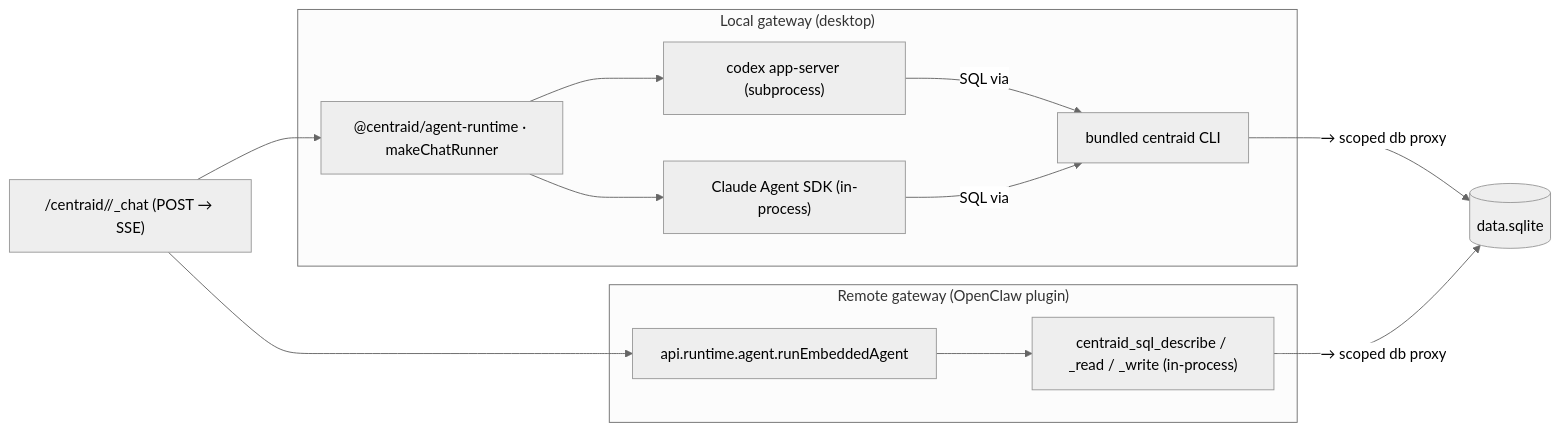
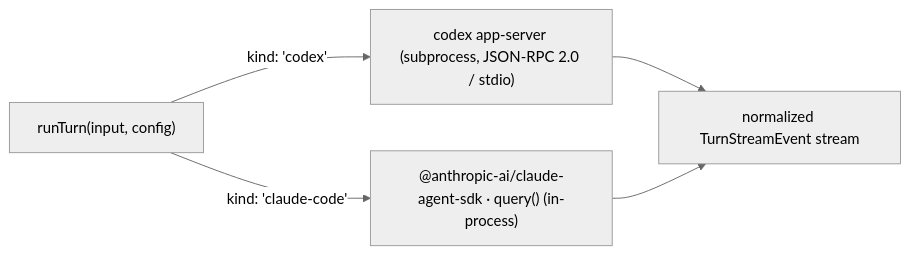
The diagram in docs/concepts/agent-runtime.mdx (srikanth235/centraid), drawn with Mermaid (neutral theme) before and after one commit. The commit also changed other lines of this file and 53 other files, not shown here.

````diff
--- a/docs/concepts/agent-runtime.mdx
+++ b/docs/concepts/agent-runtime.mdx
@@ -12,25 +22,8 @@
 ```mermaid
 flowchart LR
-  Surface["/centraid/<id>/_chat (POST → SSE)"]
-
-  subgraph Remote["Remote gateway (OpenClaw plugin)"]
-    OCAgent["api.runtime.agent.runEmbeddedAgent"]
-    OCTools["centraid_sql_describe / _read / _write (in-process)"]
-  end
-
-  subgraph Local["Local gateway (desktop)"]
-    AR["@centraid/agent-runtime · makeChatRunner"]
-    Codex["codex app-server (subprocess)"]
-    Claude["Claude Agent SDK (in-process)"]
-    CLI["bundled centraid CLI"]
-  end
-
-  Surface --> OCAgent
-  Surface --> AR
-  AR --> Codex
-  AR --> Claude
-  Codex & Claude -- "SQL via" --> CLI
-  CLI -- "→ scoped db proxy" --> Sqlite[("data.sqlite")]
-  OCAgent --> OCTools
-  OCTools -- "→ scoped db proxy" --> Sqlite
+  RunTurn["runTurn(input, config)"]
+  RunTurn -->|kind: 'codex'| Codex["codex app-server (subprocess, JSON-RPC 2.0 / stdio)"]
+  RunTurn -->|kind: 'claude-code'| Claude["@anthropic-ai/claude-agent-sdk · query() (in-process)"]
+  Codex --> Events["normalized TurnStreamEvent stream"]
+  Claude --> Events
 ```
````
